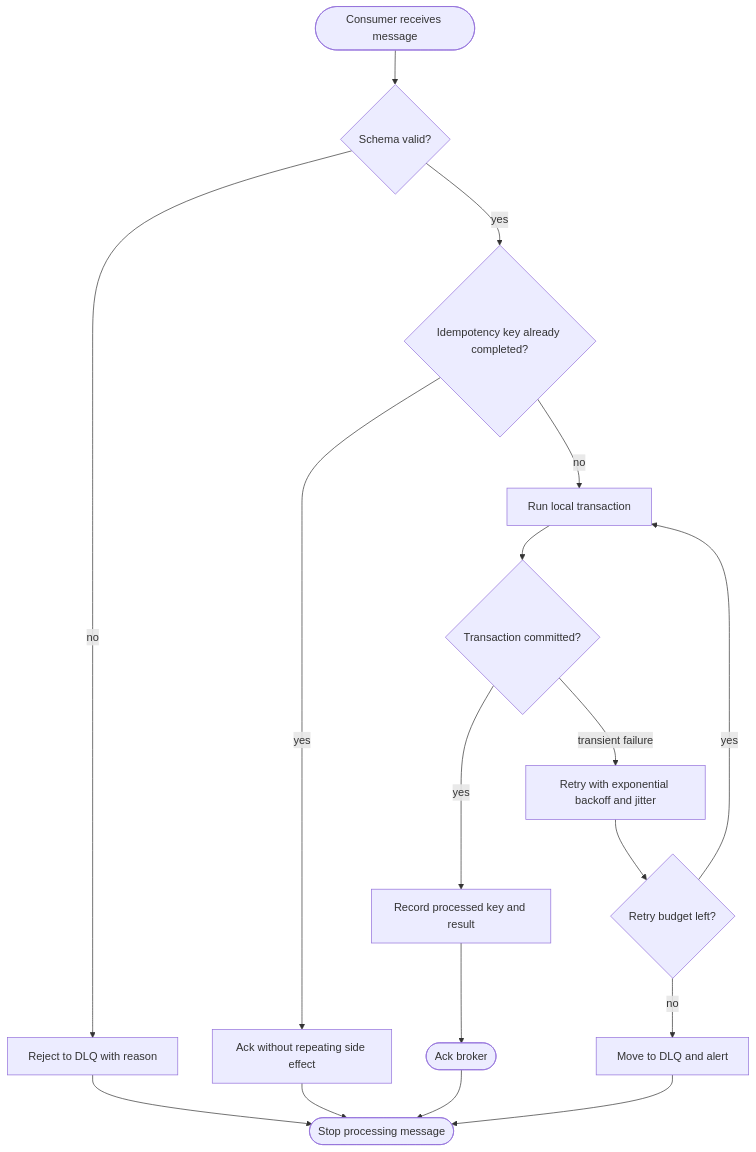
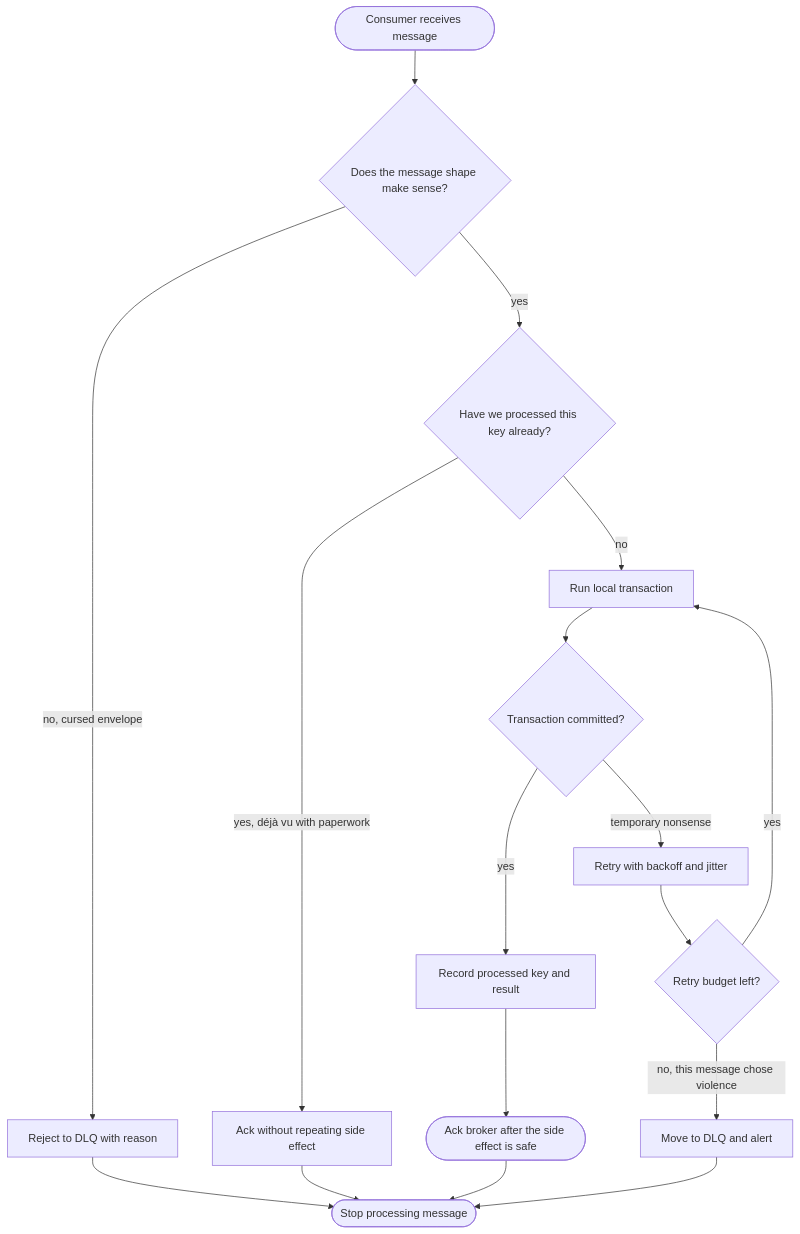
The third of 9 diagrams in src/ch07-messaging-events.md (P0W/System-Design), drawn with Mermaid before and after one commit. The commit also changed other lines of this file and 5 other files, not shown here.

Commit message:
Make diagram guidance more memorable

````diff
--- a/src/ch07-messaging-events.md
+++ b/src/ch07-messaging-events.md
@@ -76,19 +76,19 @@
 ```mermaid
 flowchart TD
-  Poll([Consumer receives message]) --> Decode{Schema valid?}
-  Decode -->|no| Bad[Reject to DLQ with reason]
-  Decode -->|yes| Dedupe{Idempotency key already completed?}
-  Dedupe -->|yes| AckDup[Ack without repeating side effect]
+  Poll([Consumer receives message]) --> Decode{Does the message shape make sense?}
+  Decode -->|no, cursed envelope| Bad[Reject to DLQ with reason]
+  Decode -->|yes| Dedupe{Have we processed this key already?}
+  Dedupe -->|yes, déjà vu with paperwork| AckDup[Ack without repeating side effect]
   Dedupe -->|no| Txn[Run local transaction]
   Txn --> Success{Transaction committed?}
   Success -->|yes| Mark[Record processed key and result]
-  Mark --> Ack([Ack broker])
-  Success -->|transient failure| Backoff[Retry with exponential backoff and jitter]
+  Mark --> Ack([Ack broker after the side effect is safe])
+  Success -->|temporary nonsense| Backoff[Retry with backoff and jitter]
   Backoff --> Attempts{Retry budget left?}
   Attempts -->|yes| Txn
-  Attempts -->|no| Poison[Move to DLQ and alert]
+  Attempts -->|no, this message chose violence| Poison[Move to DLQ and alert]
   Bad --> Stop([Stop processing message])
   AckDup --> Stop
   Ack --> Stop
   Poison --> Stop
 ```
````
